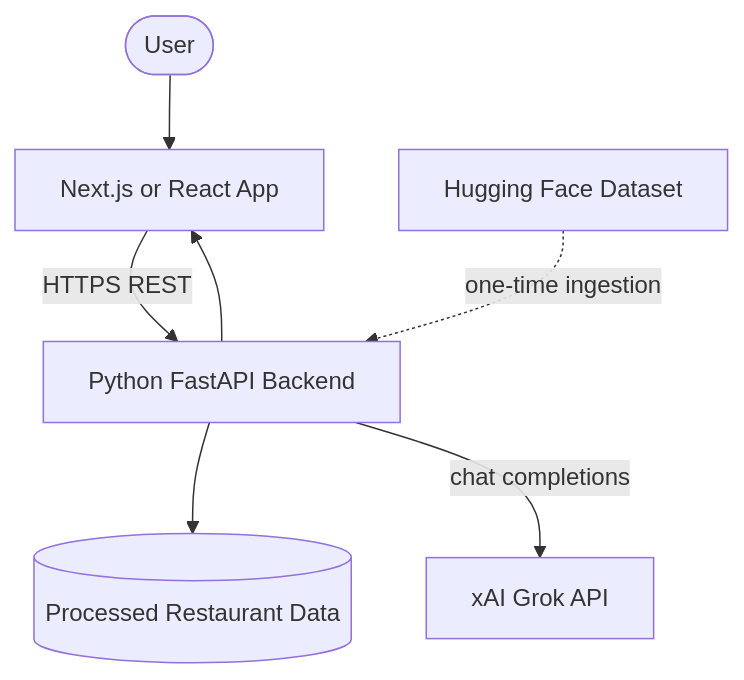
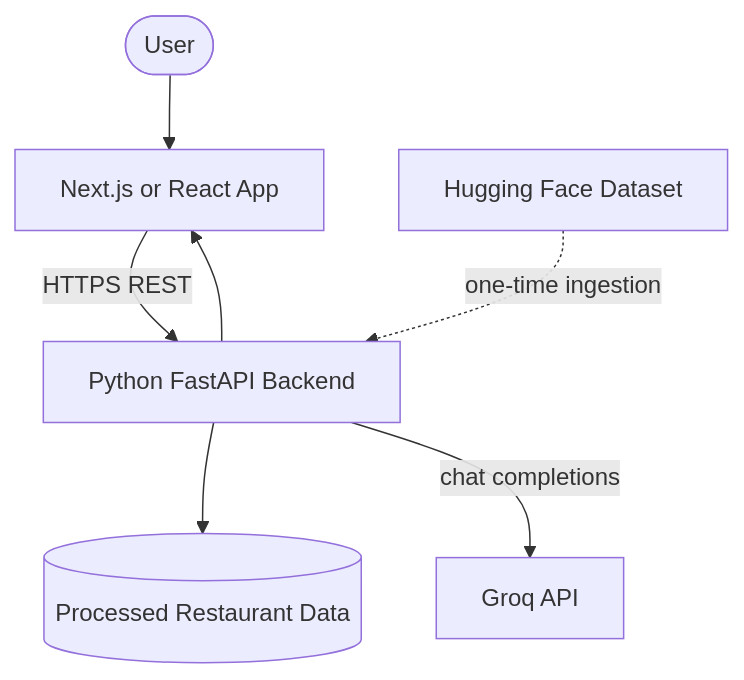
One commit to ShashankDvd1/AI-Powered-Restaurant-Recommendation-System changed the first of 8 diagrams in docs/Architecture.md. Above: the diagram before and after it, drawn with Mermaid. The commit also changed other lines of this file and 32 other files, not shown here.

````diff
--- a/docs/Architecture.md
+++ b/docs/Architecture.md
@@ -31,16 +31,16 @@
 ```mermaid
 flowchart TB
     User([User])
     UI[Next.js or React App]
     API[Python FastAPI Backend]
     DS[(Processed Restaurant Data)]
     HF[Hugging Face Dataset]
-    XAI[xAI Grok API]
+    GROQ_API[Groq API]
 
     User --> UI
     UI -->|HTTPS REST| API
     API --> DS
     HF -.->|one-time ingestion| API
-    API -->|chat completions| XAI
+    API -->|chat completions| GROQ_API
     API --> UI
 ```
````
